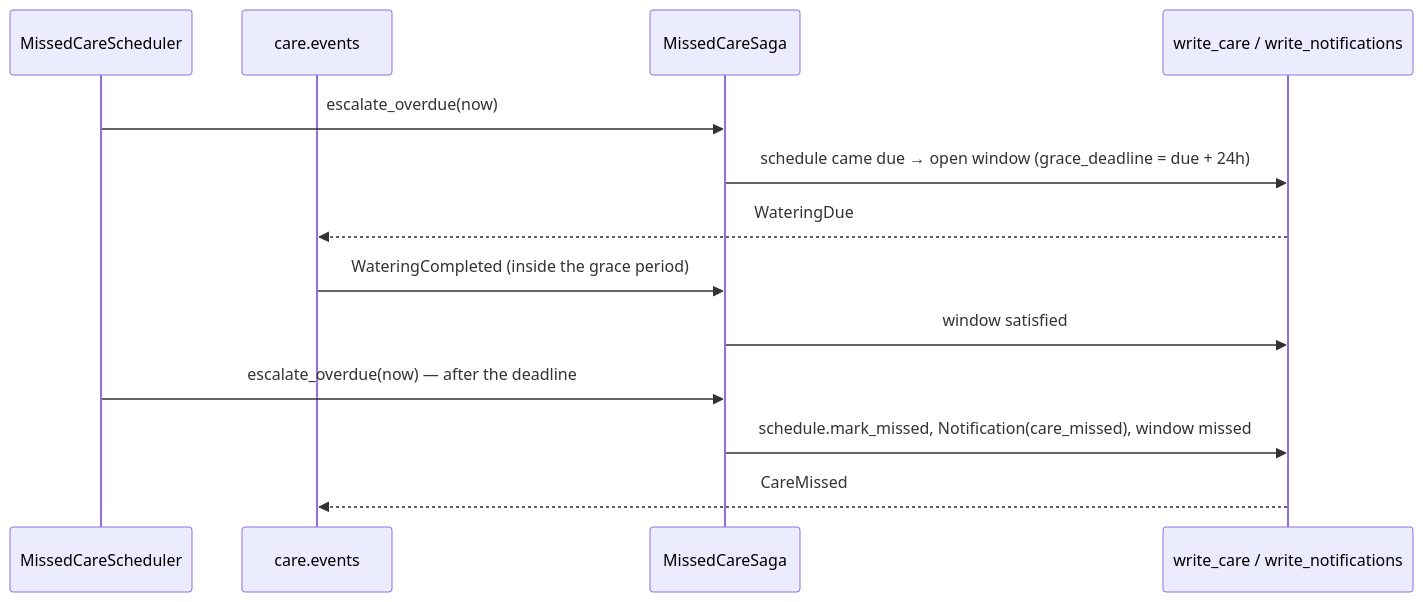
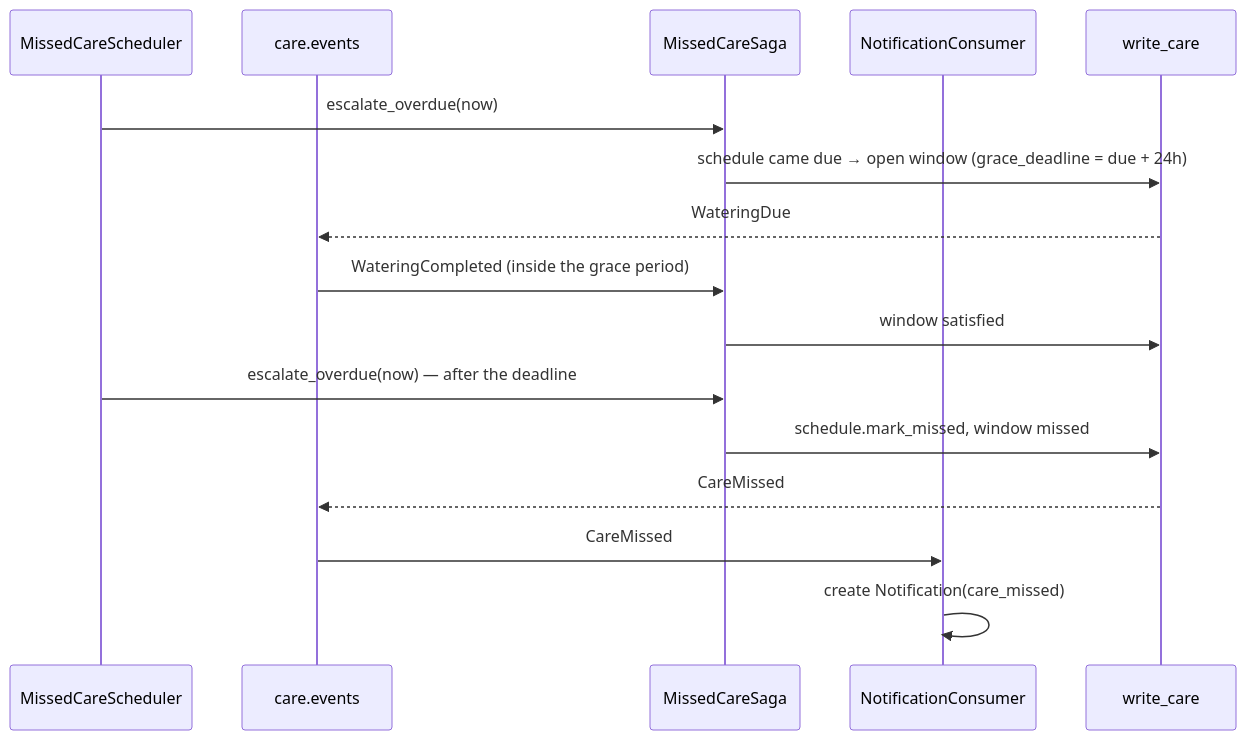
The third of 4 diagrams in docs/sagas.md (DisMosGit/plantkeeper), drawn with Mermaid before and after one commit. The commit also changed other lines of this file and 7 other files, not shown here.

````diff
--- a/docs/sagas.md
+++ b/docs/sagas.md
@@ -113,16 +113,19 @@
 ```mermaid
 sequenceDiagram
     participant S as MissedCareScheduler
     participant K as care.events
     participant M as MissedCareSaga
-    participant W as write_care / write_notifications
+    participant N as NotificationConsumer
+    participant W as write_care
 
     S->>M: escalate_overdue(now)
     M->>W: schedule came due → open window (grace_deadline = due + 24h)
     W-->>K: WateringDue
     K->>M: WateringCompleted (inside the grace period)
     M->>W: window satisfied
     S->>M: escalate_overdue(now) — after the deadline
-    M->>W: schedule.mark_missed, Notification(care_missed), window missed
+    M->>W: schedule.mark_missed, window missed
     W-->>K: CareMissed
+    K->>N: CareMissed
+    N->>N: create Notification(care_missed)
 ```
````
